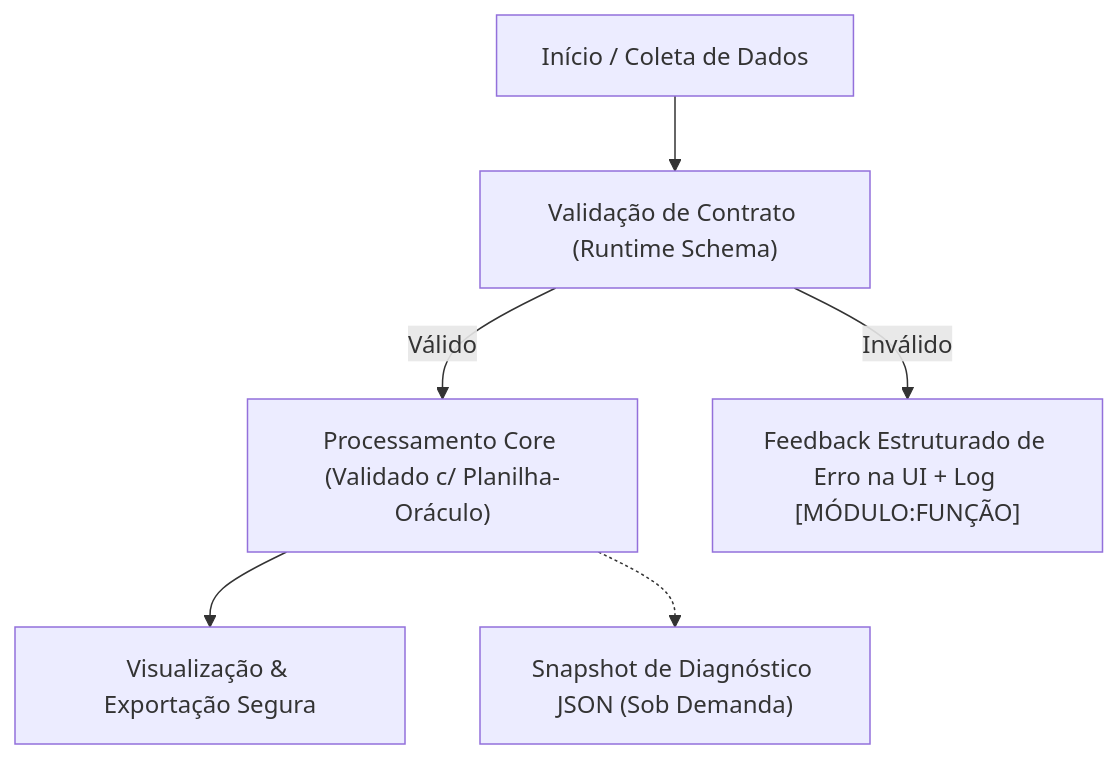
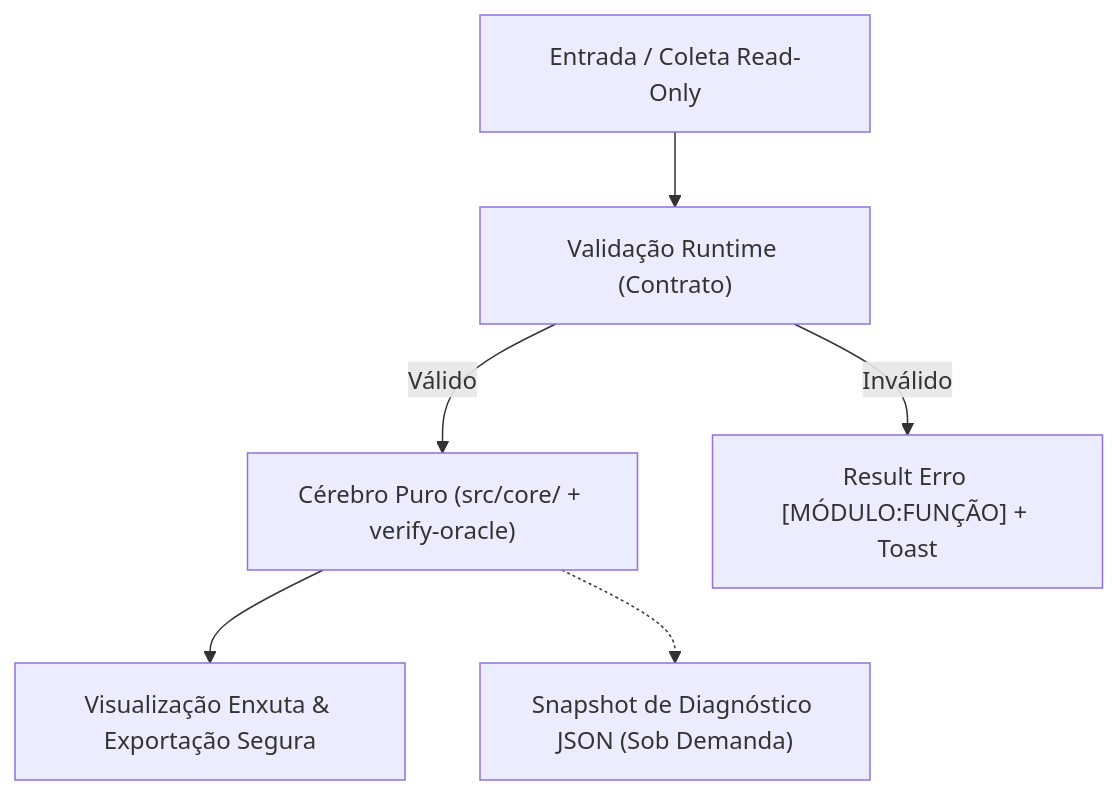
Before and after one commit to eduardobezerrasigma1/App_base: the diagram in docs/02-ARQUITETURA-FLUXOS.md, drawn with Mermaid. The commit also changed other lines of this file and 25 other files, not shown here.

````diff
--- a/docs/02-ARQUITETURA-FLUXOS.md
+++ b/docs/02-ARQUITETURA-FLUXOS.md
@@ -74,8 +55,8 @@
 ```mermaid
 flowchart TD
-    A["Início / Coleta de Dados"] --> B["Validação de Contrato (Runtime Schema)"]
-    B -- "Válido" --> C["Processamento Core (Validado c/ Planilha-Oráculo)"]
-    B -- "Inválido" --> E["Feedback Estruturado de Erro na UI + Log [MÓDULO:FUNÇÃO]"]
-    C --> D["Visualização & Exportação Segura"]
+    A["Entrada / Coleta Read-Only"] --> B["Validação Runtime (Contrato)"]
+    B -- "Válido" --> C["Cérebro Puro (src/core/ + verify-oracle)"]
+    B -- "Inválido" --> E["Result<T> Erro [MÓDULO:FUNÇÃO] + Toast"]
+    C --> D["Visualização Enxuta & Exportação Segura"]
     C -.-> S["Snapshot de Diagnóstico JSON (Sob Demanda)"]
 ```
````
